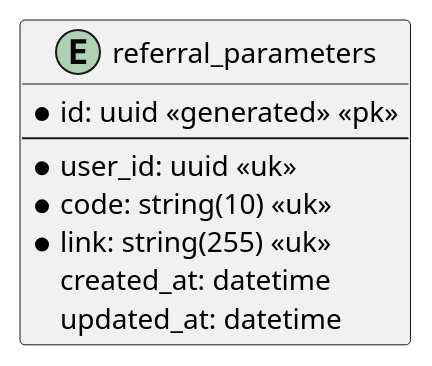
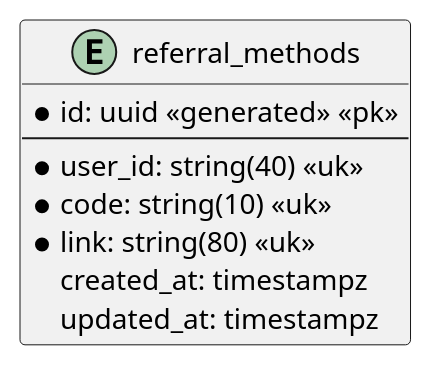
Before and after one commit to ericoalmeida/referral-service: the diagram in docs/architecture/referral-parameters/red.puml, drawn with PlantUML.

Commit message:
refactor: rename table on docs

```diff
--- a/docs/architecture/referral-parameters/red.puml
+++ b/docs/architecture/referral-parameters/red.puml
@@ -1,13 +1,13 @@
-@startuml ReferralParameters
+@startuml ReferralMethods
 
-entity referral_parameters {
+entity referral_methods {
  *id: uuid <<generated>> <<pk>>
  --
- *user_id: uuid <<uk>>
+ *user_id: string(40) <<uk>>
  *code: string(10) <<uk>>
- *link: string(255) <<uk>>
- created_at: datetime
- updated_at: datetime
+ *link: string(80) <<uk>>
+ created_at: timestampz
+ updated_at: timestampz
 }
 
 @enduml
```
